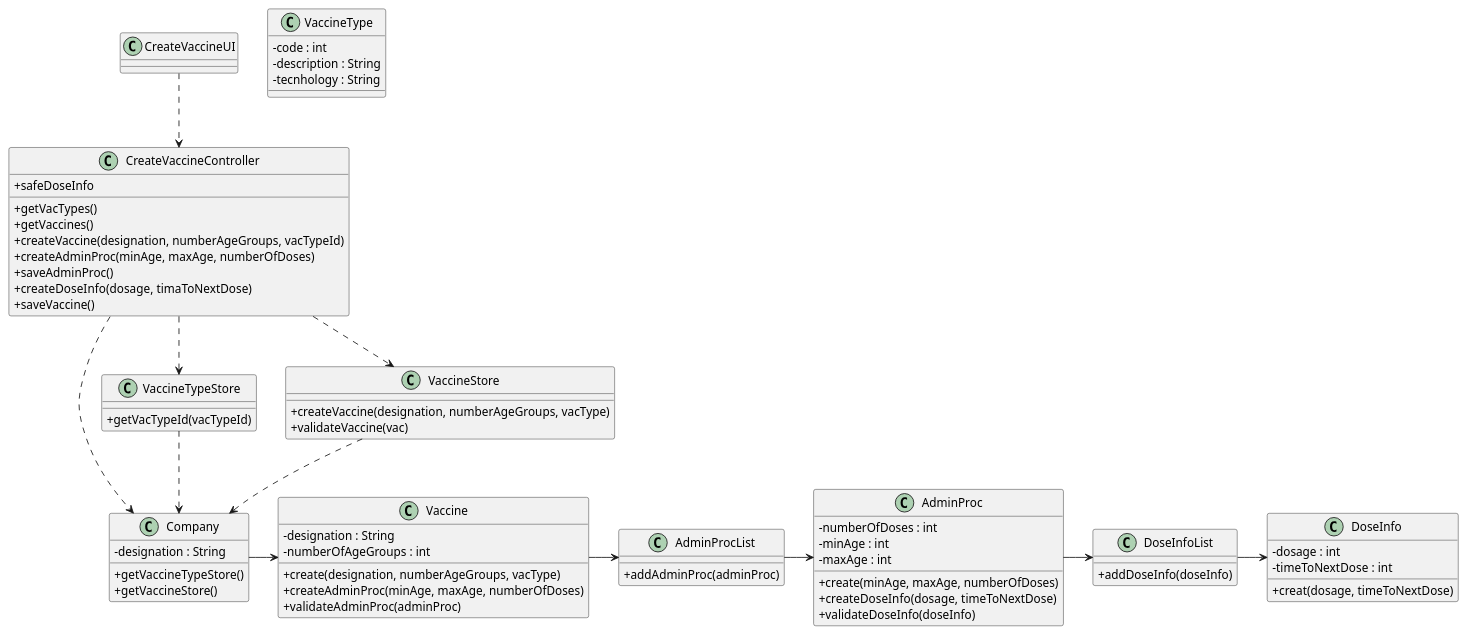
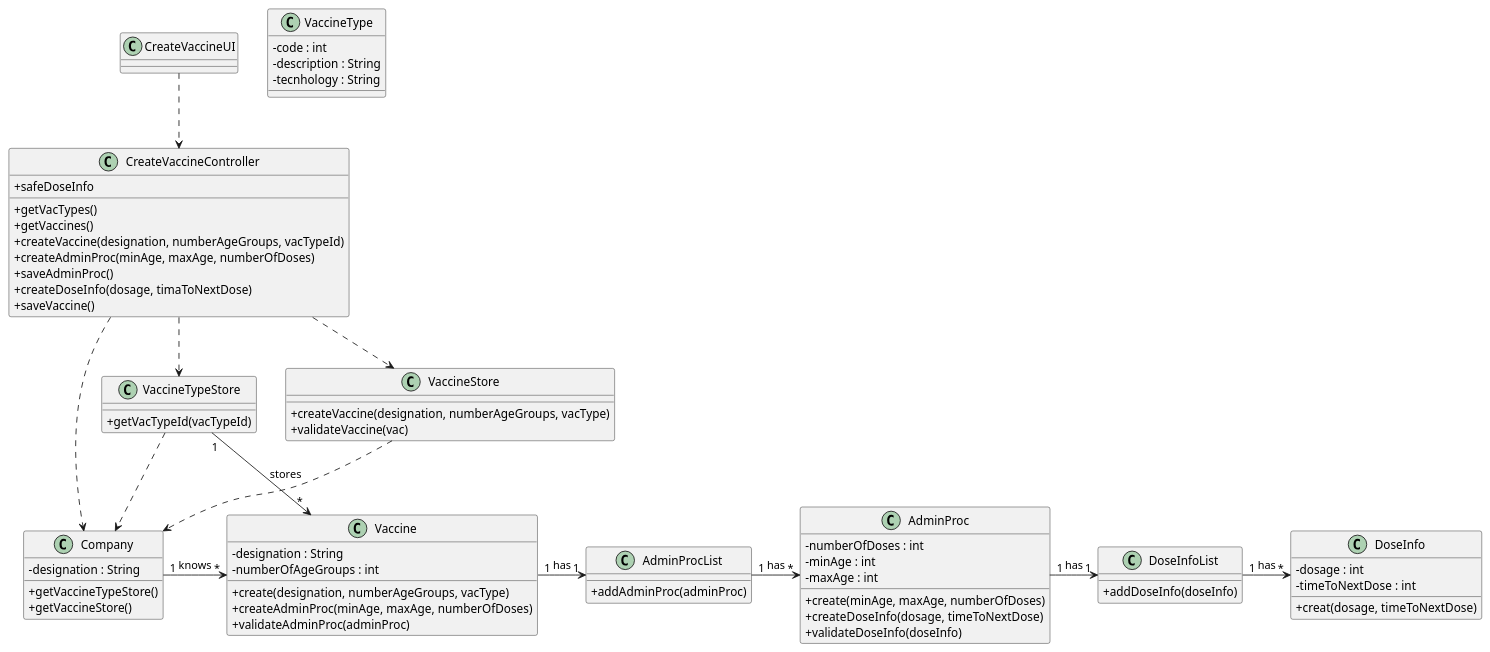
Before and after one commit to miseEnPlace-i/lapr2: the diagram in docs/SprintB/US13/CD/US13_CD.puml, drawn with PlantUML.

Commit message:
docs(US13): updata CD relations

```diff
--- a/docs/SprintB/US13/CD/US13_CD.puml
+++ b/docs/SprintB/US13/CD/US13_CD.puml
@@ -1,87 +1,88 @@
 @startuml
 skinparam classAttributeIconSize 0
 
 class CreateVaccineUI{
 
 }
 
 class CreateVaccineController{
     +getVacTypes()
     +getVaccines()
     +createVaccine(designation, numberAgeGroups, vacTypeId)
     +createAdminProc(minAge, maxAge, numberOfDoses)
     +saveAdminProc()
     +createDoseInfo(dosage, timaToNextDose)
     +safeDoseInfo
     +saveVaccine()
 }
 
 class Company{
     -designation : String
 
     +getVaccineTypeStore()
     +getVaccineStore()
 }
 
 class VaccineTypeStore{
     +getVacTypeId(vacTypeId)
 }
 
 class VaccineStore{
     +createVaccine(designation, numberAgeGroups, vacType)
     +validateVaccine(vac)
 }
 
 class Vaccine{
     -designation : String
     -numberOfAgeGroups : int
 
     +create(designation, numberAgeGroups, vacType)
     +createAdminProc(minAge, maxAge, numberOfDoses)
     +validateAdminProc(adminProc)
 }
 
 class VaccineType{
     -code : int
     -description : String
     -tecnhology : String
 }
 
 class AdminProc{
     -numberOfDoses : int
     -minAge : int
     -maxAge : int
 
     +create(minAge, maxAge, numberOfDoses)
     +createDoseInfo(dosage, timeToNextDose)
     +validateDoseInfo(doseInfo)
 }
 
 class AdminProcList{
     +addAdminProc(adminProc)
 }
 
 class DoseInfo{
     -dosage : int
     -timeToNextDose : int
 
     +creat(dosage, timeToNextDose)
 }
 
 class DoseInfoList{
     +addDoseInfo(doseInfo)
 }
 
 CreateVaccineUI ..> CreateVaccineController
 CreateVaccineController ..> VaccineStore
 CreateVaccineController ..> VaccineTypeStore
 CreateVaccineController ..> Company
 VaccineStore ..> Company
 VaccineTypeStore ..> Company
-Company -> Vaccine
-Vaccine -> AdminProcList
-AdminProcList -> AdminProc
-AdminProc -> DoseInfoList
-DoseInfoList -> DoseInfo
+VaccineTypeStore "1" -> "*" Vaccine : stores
+Company "1" -> "*" Vaccine : knows
+Vaccine "1" -> "1" AdminProcList : has
+AdminProcList "1" -> "*" AdminProc : has
+AdminProc "1" -> "1" DoseInfoList : has
+DoseInfoList "1" -> "*" DoseInfo : has
 
 @enduml
```
